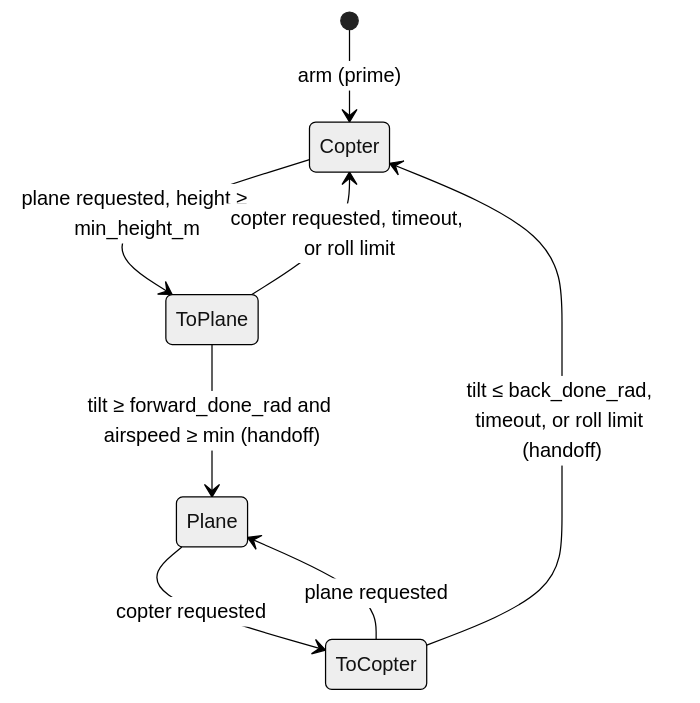
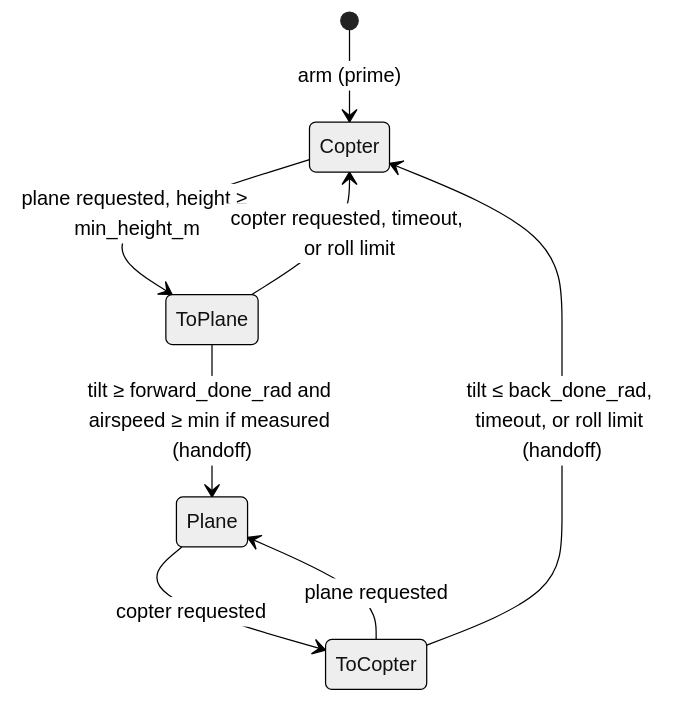
One commit to wboayue/stable-flight changed the third of 4 diagrams in architecture.md. Above: the diagram before and after it, drawn with Mermaid (neutral theme). The commit also changed other lines of this file and 1 other file, not shown here.

Commit message:
Docs diagrams: review fixes

````diff
--- a/architecture.md
+++ b/architecture.md
@@ -259,10 +259,10 @@
 ```mermaid
 stateDiagram-v2
     [*] --> Copter: arm (prime)
     Copter --> ToPlane: plane requested, height ≥ min_height_m
-    ToPlane --> Plane: tilt ≥ forward_done_rad and airspeed ≥ min (handoff)
+    ToPlane --> Plane: tilt ≥ forward_done_rad and airspeed ≥ min if measured (handoff)
     ToPlane --> Copter: copter requested, timeout, or roll limit
     Plane --> ToCopter: copter requested
     ToCopter --> Plane: plane requested
     ToCopter --> Copter: tilt ≤ back_done_rad, timeout, or roll limit (handoff)
 ```
````
